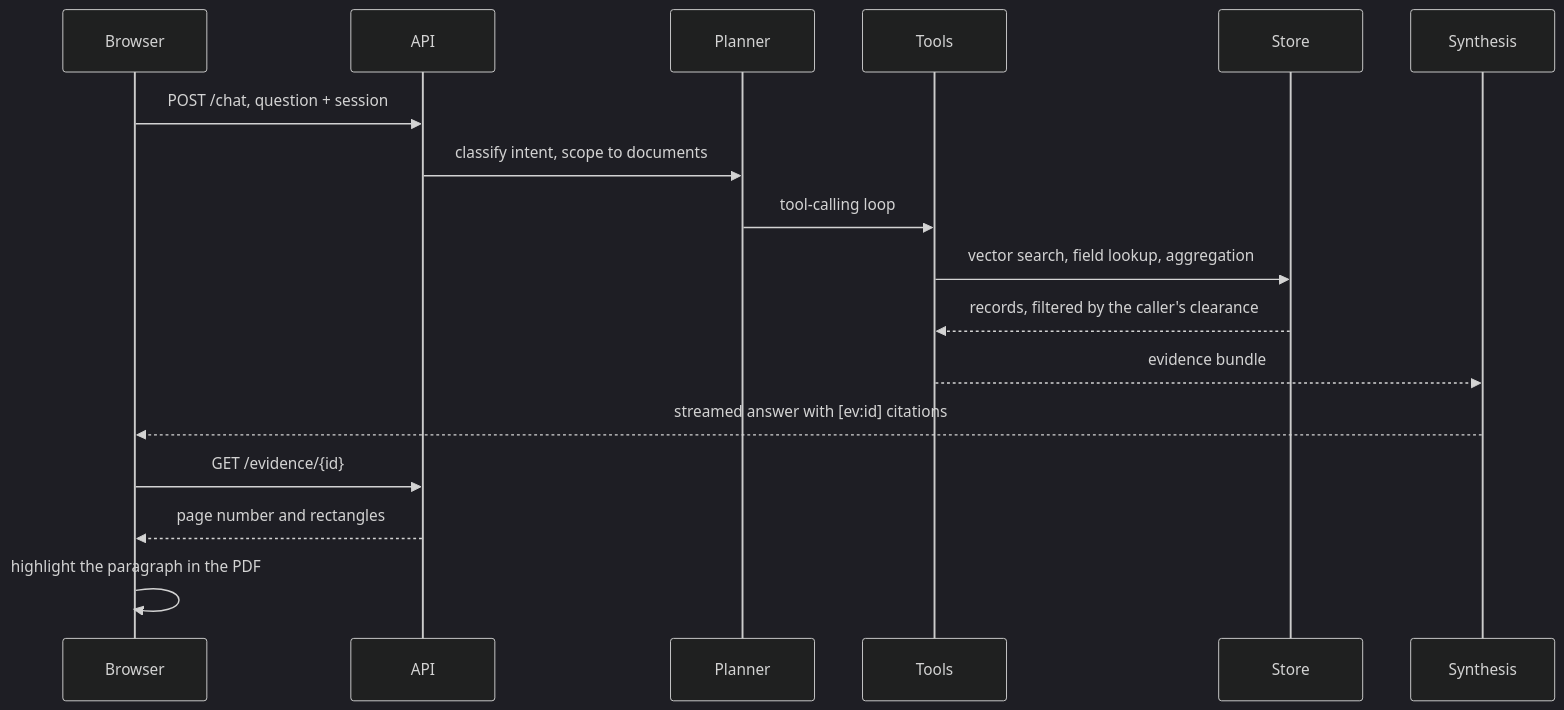
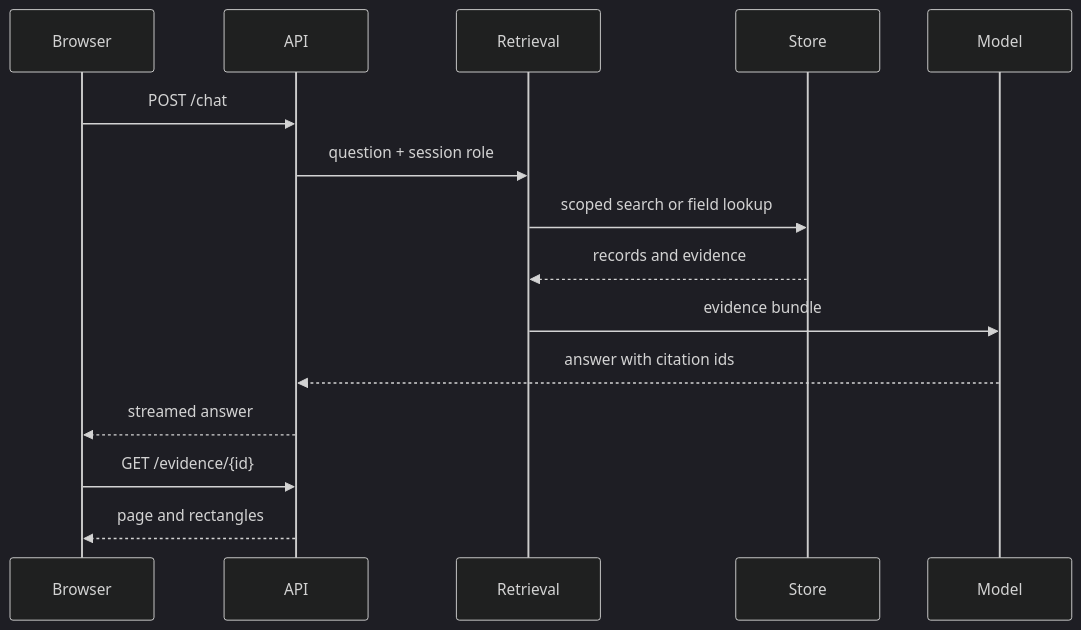
One commit to awpbash/DIVA changed the second of 2 diagrams in docs/architecture.md. Above: the diagram before and after it, drawn with Mermaid (dark theme). The commit also changed other lines of this file and 27 other files, not shown here.

First line of the commit message:
Tighten documentation wording throughout, add the workflow diagram

````diff
--- a/docs/architecture.md
+++ b/docs/architecture.md
@@ -98,20 +74,18 @@
 ```mermaid
 sequenceDiagram
-    participant U as Browser
+    participant B as Browser
     participant A as API
-    participant P as Planner
-    participant T as Tools
+    participant R as Retrieval
     participant S as Store
-    participant Y as Synthesis
+    participant M as Model
 
-    U->>A: POST /chat, question + session
-    A->>P: classify intent, scope to documents
-    P->>T: tool-calling loop
-    T->>S: vector search, field lookup, aggregation
-    S-->>T: records, filtered by the caller's clearance
-    T-->>Y: evidence bundle
-    Y-->>U: streamed answer with [ev:id] citations
-    U->>A: GET /evidence/{id}
-    A-->>U: page number and rectangles
-    U->>U: highlight the paragraph in the PDF
+    B->>A: POST /chat
+    A->>R: question + session role
+    R->>S: scoped search or field lookup
+    S-->>R: records and evidence
+    R->>M: evidence bundle
+    M-->>A: answer with citation ids
+    A-->>B: streamed answer
+    B->>A: GET /evidence/{id}
+    A-->>B: page and rectangles
 ```
````
